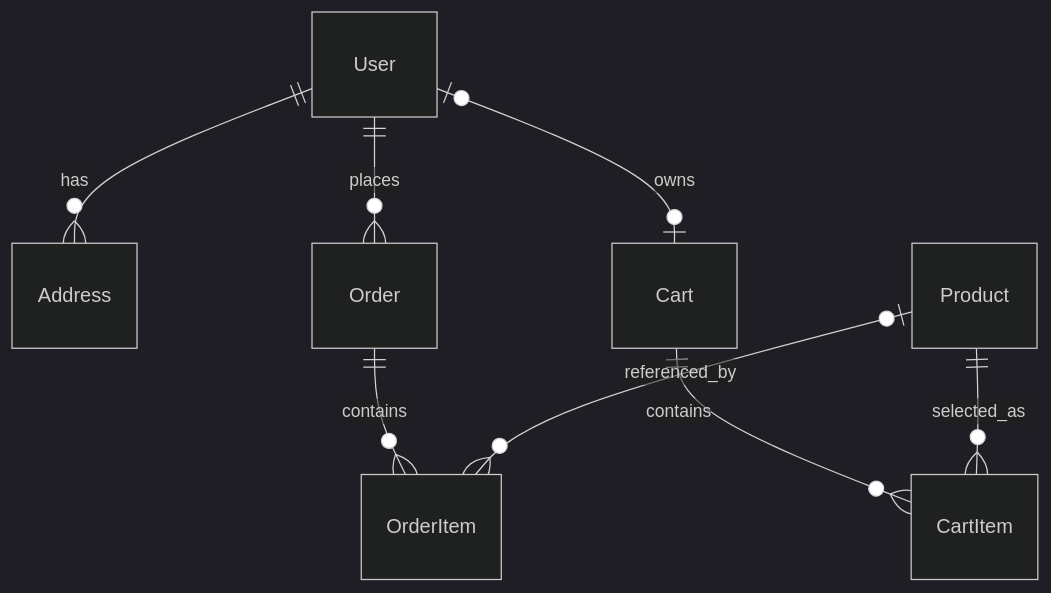
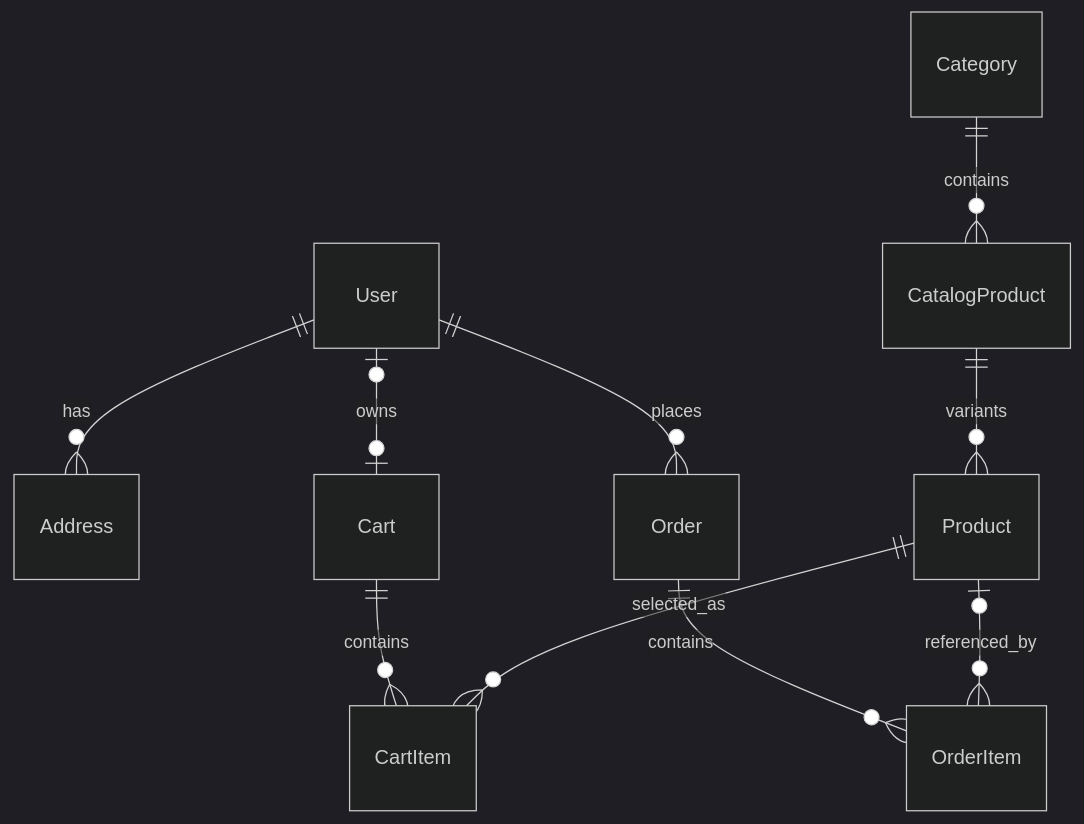
The third of 3 diagrams in PROJECT_GUIDE.md (BahramMaghami/acoffee), drawn with Mermaid (dark theme) before and after one commit. The commit also changed other lines of this file and 49 other files, not shown here.

````diff
--- a/PROJECT_GUIDE.md
+++ b/PROJECT_GUIDE.md
@@ -436,10 +357,12 @@
 ```mermaid
 erDiagram
   User ||--o{ Address : has
   User ||--o{ Order : places
   User o|--o| Cart : owns
   Cart ||--o{ CartItem : contains
+  Category ||--o{ CatalogProduct : contains
+  CatalogProduct ||--o{ Product : variants
   Product ||--o{ CartItem : selected_as
   Order ||--o{ OrderItem : contains
   Product o|--o{ OrderItem : referenced_by
 ```
````
